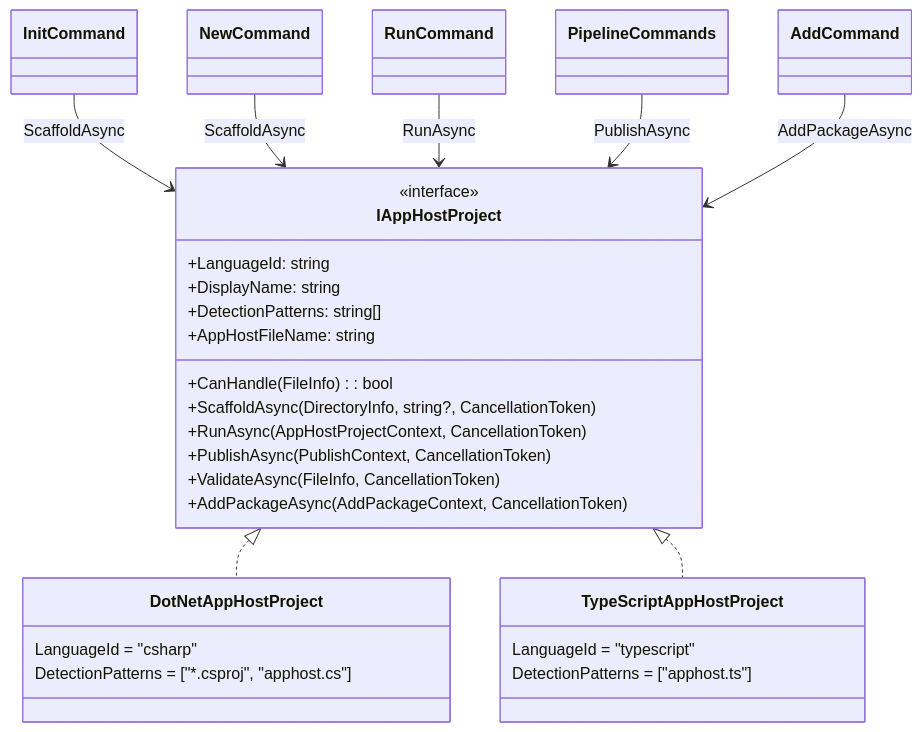
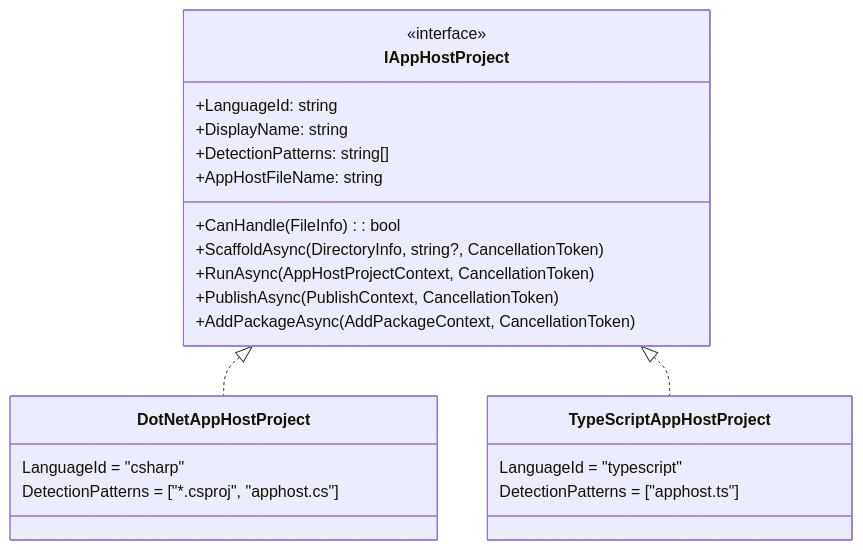
The third of 3 diagrams in docs/specs/polyglot-apphost.md (dotnet/aspire), drawn with Mermaid before and after one commit. The commit also changed other lines of this file and 7 other files, not shown here.

````diff
--- a/docs/specs/polyglot-apphost.md
+++ b/docs/specs/polyglot-apphost.md
@@ -165,35 +523,28 @@
 ```mermaid
 classDiagram
     class IAppHostProject {
         <<interface>>
         +LanguageId: string
         +DisplayName: string
         +DetectionPatterns: string[]
         +AppHostFileName: string
         +CanHandle(FileInfo): bool
         +ScaffoldAsync(DirectoryInfo, string?, CancellationToken)
         +RunAsync(AppHostProjectContext, CancellationToken)
         +PublishAsync(PublishContext, CancellationToken)
-        +ValidateAsync(FileInfo, CancellationToken)
         +AddPackageAsync(AddPackageContext, CancellationToken)
     }
 
     class DotNetAppHostProject {
         LanguageId = "csharp"
         DetectionPatterns = ["*.csproj", "apphost.cs"]
     }
 
     class TypeScriptAppHostProject {
         LanguageId = "typescript"
         DetectionPatterns = ["apphost.ts"]
     }
 
     IAppHostProject <|.. DotNetAppHostProject
     IAppHostProject <|.. TypeScriptAppHostProject
-
-    InitCommand --> IAppHostProject : ScaffoldAsync
-    NewCommand --> IAppHostProject : ScaffoldAsync
-    RunCommand --> IAppHostProject : RunAsync
-    PipelineCommands --> IAppHostProject : PublishAsync
-    AddCommand --> IAppHostProject : AddPackageAsync
 ```
````
